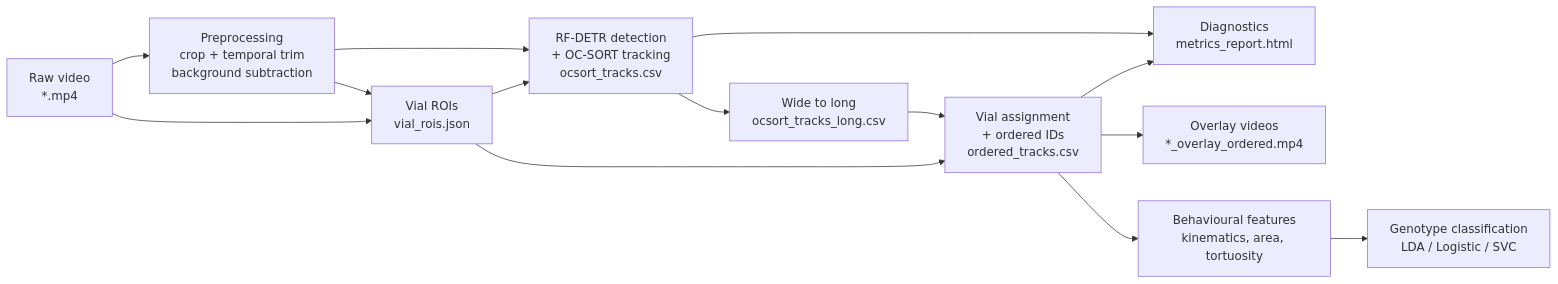
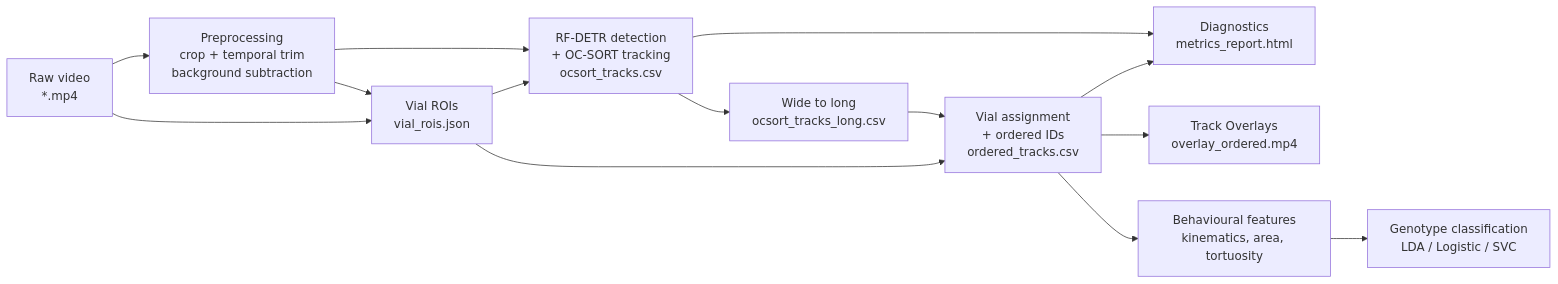
One commit to emmavrignaud/superfly changed the diagram in README.md. Above: the diagram before and after it, drawn with Mermaid. The commit also changed other lines of this file and 6 other files, not shown here.

First line of the commit message:
Control overlay rendering from config and re-track videos on every run

````diff
--- a/README.md
+++ b/README.md
@@ -11,16 +11,16 @@
 ```mermaid
 flowchart LR
     A[Raw video<br/>*.mp4] --> B[Preprocessing<br/>crop + temporal trim<br/>background subtraction]
     B --> C[Vial ROIs<br/>vial_rois.json]
     A --> C
     B --> D[RF-DETR detection<br/>+ OC-SORT tracking<br/>ocsort_tracks.csv]
     C --> D
     D --> E[Wide to long<br/>ocsort_tracks_long.csv]
     E --> F[Vial assignment<br/>+ ordered IDs<br/>ordered_tracks.csv]
     C --> F
     D --> G[Diagnostics<br/>metrics_report.html]
     F --> G
-    F --> H[Overlay videos<br/>*_overlay_ordered.mp4]
+    F --> H[Track Overlays<br/>overlay_ordered.mp4]
     F --> I[Behavioural features<br/>kinematics, area, tortuosity]
     I --> J[Genotype classification<br/>LDA / Logistic / SVC]
 ```
````
